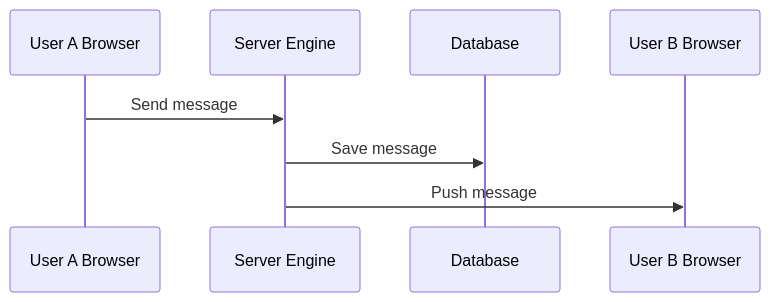
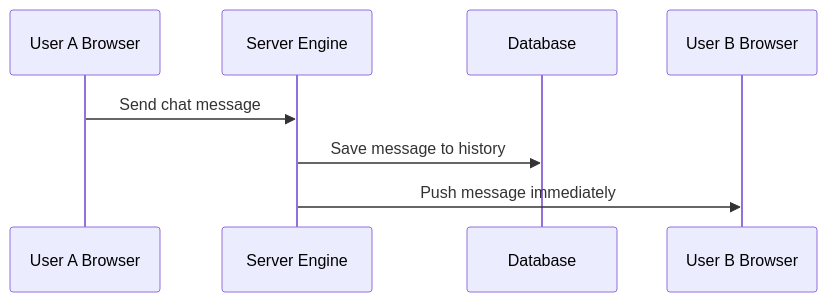
One commit to Ashishmehta108/video-app changed the fourth of 6 diagrams in HOW_IT_WORKS.md. Above: the diagram before and after it, drawn with Mermaid. The commit also changed other lines of this file, not shown here.

Commit message:
Optimize Mermaid diagrams in HOW_IT_WORKS.md for PDF export compatibility

````diff
--- a/HOW_IT_WORKS.md
+++ b/HOW_IT_WORKS.md
@@ -85,11 +84,11 @@
 ```mermaid
 sequenceDiagram
     participant UserA as User A Browser
     participant Server as Server Engine
     participant DB as Database
     participant UserB as User B Browser
     
-    UserA->>Server: Send message
-    Server->>DB: Save message
-    Server->>UserB: Push message
+    UserA->>Server: Send chat message
+    Server->>DB: Save message to history
+    Server->>UserB: Push message immediately
 ```
````
